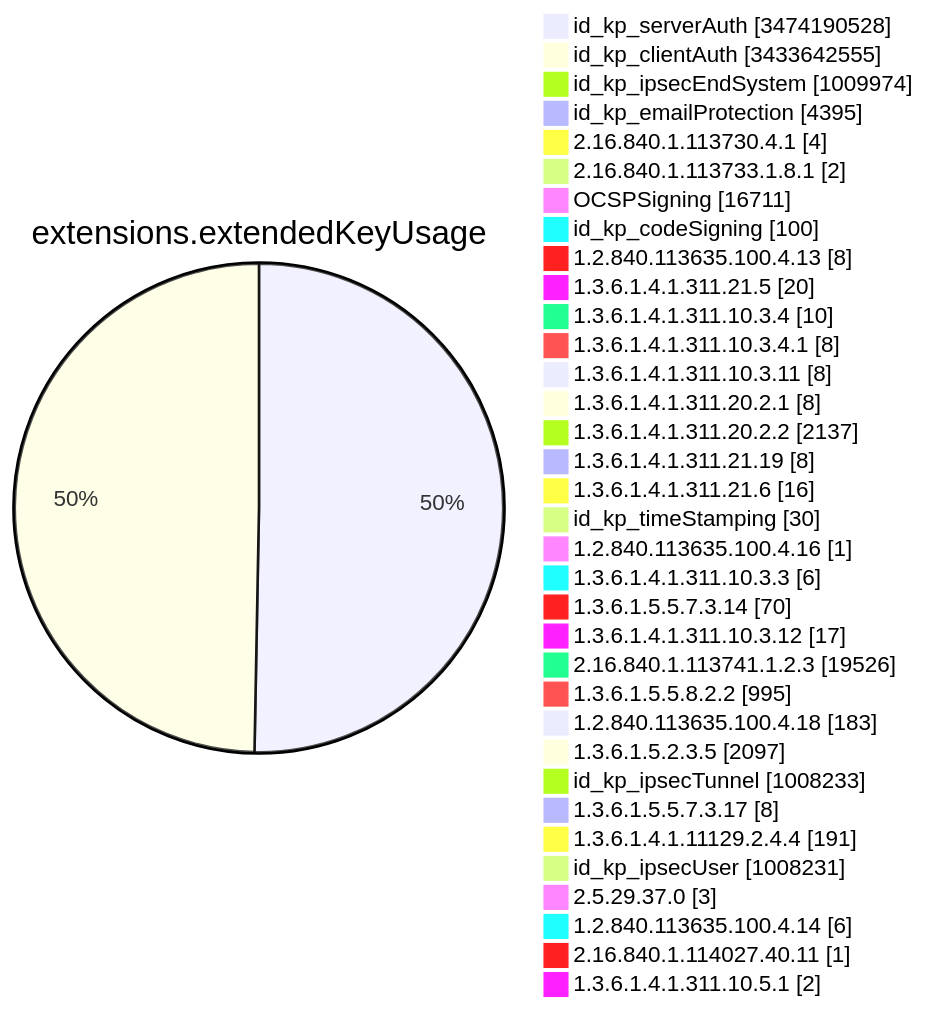
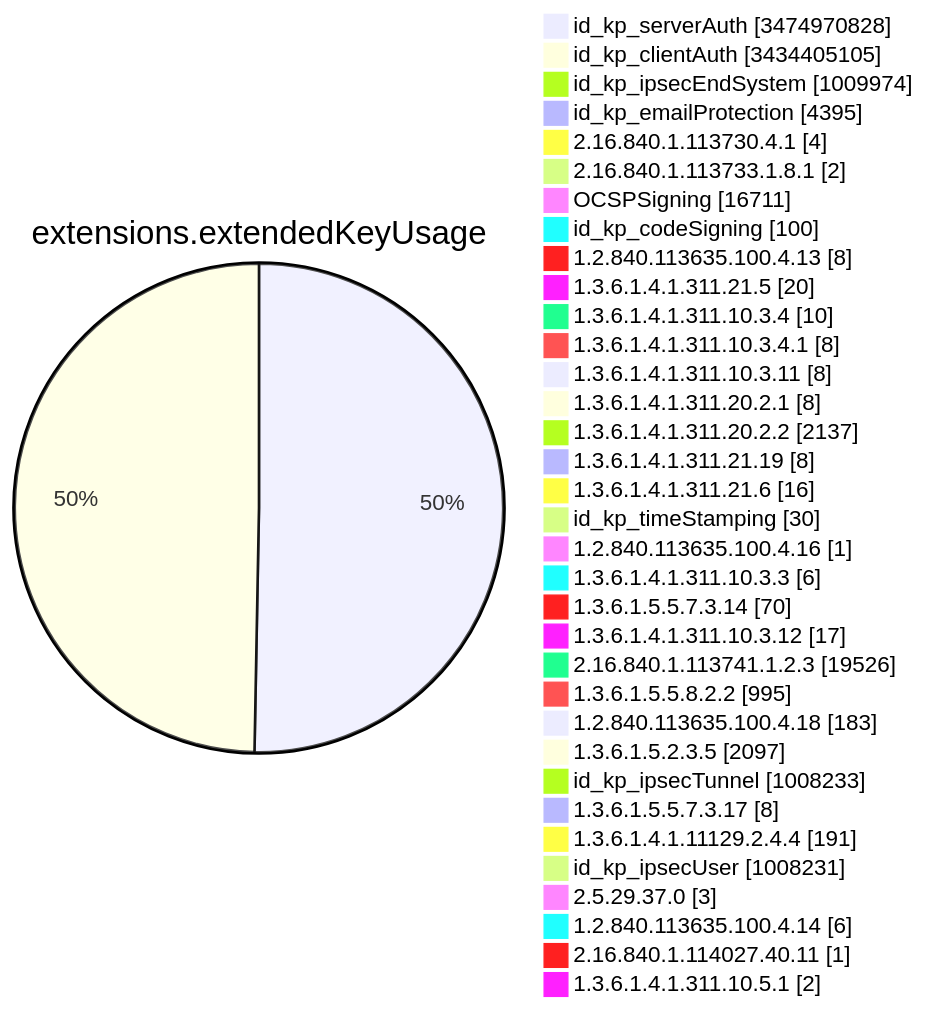
One commit to christiankrug/ctmonitor_visualization changed diagram 11 of 15 in TOTAL/README.md. Above: the diagram before and after it, drawn with Mermaid. The commit also changed other lines of this file, not shown here.

````diff
--- a/TOTAL/README.md
+++ b/TOTAL/README.md
@@ -4123,38 +4123,38 @@
 ```mermaid
 pie showData
 title extensions.extendedKeyUsage
-"id_kp_serverAuth" :3474190528
-"id_kp_clientAuth" :3433642555
+"id_kp_serverAuth" :3474970828
+"id_kp_clientAuth" :3434405105
 "id_kp_ipsecEndSystem" :1009974
 "id_kp_emailProtection" :4395
 "2.16.840.1.113730.4.1" :4
 "2.16.840.1.113733.1.8.1" :2
 "OCSPSigning" :16711
 "id_kp_codeSigning" :100
 "1.2.840.113635.100.4.13" :8
 "1.3.6.1.4.1.311.21.5" :20
 "1.3.6.1.4.1.311.10.3.4" :10
 "1.3.6.1.4.1.311.10.3.4.1" :8
 "1.3.6.1.4.1.311.10.3.11" :8
 "1.3.6.1.4.1.311.20.2.1" :8
 "1.3.6.1.4.1.311.20.2.2" :2137
 "1.3.6.1.4.1.311.21.19" :8
 "1.3.6.1.4.1.311.21.6" :16
 "id_kp_timeStamping" :30
 "1.2.840.113635.100.4.16" :1
 "1.3.6.1.4.1.311.10.3.3" :6
 "1.3.6.1.5.5.7.3.14" :70
 "1.3.6.1.4.1.311.10.3.12" :17
 "2.16.840.1.113741.1.2.3" :19526
 "1.3.6.1.5.5.8.2.2" :995
 "1.2.840.113635.100.4.18" :183
 "1.3.6.1.5.2.3.5" :2097
 "id_kp_ipsecTunnel" :1008233
 "1.3.6.1.5.5.7.3.17" :8
 "1.3.6.1.4.1.11129.2.4.4" :191
 "id_kp_ipsecUser" :1008231
 "2.5.29.37.0" :3
 "1.2.840.113635.100.4.14" :6
 "2.16.840.1.114027.40.11" :1
 "1.3.6.1.4.1.311.10.5.1" :2
 ```
````
